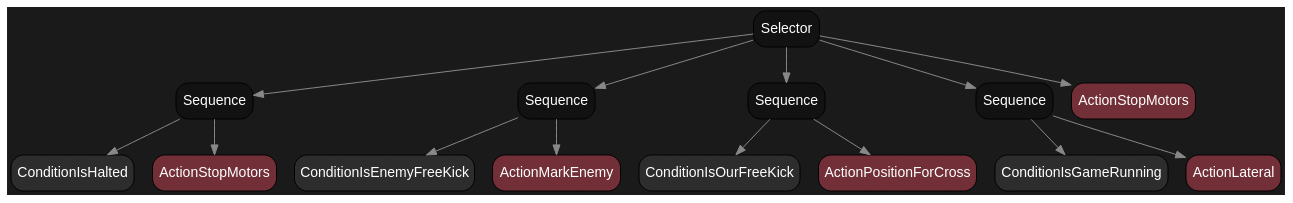
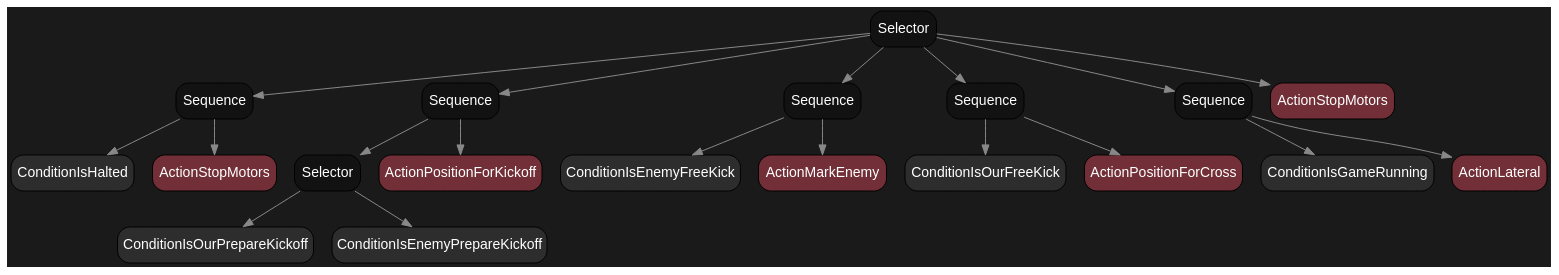
One commit to Danielgmichels/labind-ssl-ai changed the diagram in diagramas/mapa_arvore_lateral_esquerda.dot. Above: the diagram before and after it, drawn with Graphviz. The commit also changed 13 other files, not shown here.

```diff
--- a/diagramas/mapa_arvore_lateral_esquerda.dot
+++ b/diagramas/mapa_arvore_lateral_esquerda.dot
@@ -1,31 +1,41 @@
 digraph BehaviorTree {
     bgcolor="#1a1a1a";
     node [shape=box, style="filled,rounded", fontname="Arial", color="#000000", penwidth=1];
-    "140264501902688" [label="Selector", fillcolor="#121212", fontcolor="white"];
-    "140264501902688" -> "140264501901776" [color="#888888"];
-    "140264501901776" [label="Sequence", fillcolor="#121212", fontcolor="white"];
-    "140264501901776" -> "140264501901680" [color="#888888"];
-    "140264501901680" [label="ConditionIsHalted", fillcolor="#2d2d2d", fontcolor="white"];
-    "140264501901776" -> "140264501901728" [color="#888888"];
-    "140264501901728" [label="ActionStopMotors", fillcolor="#722F37", fontcolor="white"];
-    "140264501902688" -> "140264501902016" [color="#888888"];
-    "140264501902016" [label="Sequence", fillcolor="#121212", fontcolor="white"];
-    "140264501902016" -> "140264501901872" [color="#888888"];
-    "140264501901872" [label="ConditionIsEnemyFreeKick", fillcolor="#2d2d2d", fontcolor="white"];
-    "140264501902016" -> "140264501901920" [color="#888888"];
-    "140264501901920" [label="ActionMarkEnemy", fillcolor="#722F37", fontcolor="white"];
-    "140264501902688" -> "140264501902256" [color="#888888"];
-    "140264501902256" [label="Sequence", fillcolor="#121212", fontcolor="white"];
-    "140264501902256" -> "140264501902112" [color="#888888"];
-    "140264501902112" [label="ConditionIsOurFreeKick", fillcolor="#2d2d2d", fontcolor="white"];
-    "140264501902256" -> "140264501902160" [color="#888888"];
-    "140264501902160" [label="ActionPositionForCross", fillcolor="#722F37", fontcolor="white"];
-    "140264501902688" -> "140264501902496" [color="#888888"];
-    "140264501902496" [label="Sequence", fillcolor="#121212", fontcolor="white"];
-    "140264501902496" -> "140264501902352" [color="#888888"];
-    "140264501902352" [label="ConditionIsGameRunning", fillcolor="#2d2d2d", fontcolor="white"];
-    "140264501902496" -> "140264501902400" [color="#888888"];
-    "140264501902400" [label="ActionLateral", fillcolor="#722F37", fontcolor="white"];
-    "140264501902688" -> "140264501902592" [color="#888888"];
-    "140264501902592" [label="ActionStopMotors", fillcolor="#722F37", fontcolor="white"];
+    "140711293951264" [label="Selector", fillcolor="#121212", fontcolor="white"];
+    "140711293951264" -> "140711293950160" [color="#888888"];
+    "140711293950160" [label="Sequence", fillcolor="#121212", fontcolor="white"];
+    "140711293950160" -> "140711293950064" [color="#888888"];
+    "140711293950064" [label="ConditionIsHalted", fillcolor="#2d2d2d", fontcolor="white"];
+    "140711293950160" -> "140711293950112" [color="#888888"];
+    "140711293950112" [label="ActionStopMotors", fillcolor="#722F37", fontcolor="white"];
+    "140711293951264" -> "140711293950352" [color="#888888"];
+    "140711293950352" [label="Sequence", fillcolor="#121212", fontcolor="white"];
+    "140711293950352" -> "140711303991776" [color="#888888"];
+    "140711303991776" [label="Selector", fillcolor="#121212", fontcolor="white"];
+    "140711303991776" -> "140711303991824" [color="#888888"];
+    "140711303991824" [label="ConditionIsOurPrepareKickoff", fillcolor="#2d2d2d", fontcolor="white"];
+    "140711303991776" -> "140711303991872" [color="#888888"];
+    "140711303991872" [label="ConditionIsEnemyPrepareKickoff", fillcolor="#2d2d2d", fontcolor="white"];
+    "140711293950352" -> "140711293950256" [color="#888888"];
+    "140711293950256" [label="ActionPositionForKickoff", fillcolor="#722F37", fontcolor="white"];
+    "140711293951264" -> "140711293950592" [color="#888888"];
+    "140711293950592" [label="Sequence", fillcolor="#121212", fontcolor="white"];
+    "140711293950592" -> "140711293950448" [color="#888888"];
+    "140711293950448" [label="ConditionIsEnemyFreeKick", fillcolor="#2d2d2d", fontcolor="white"];
+    "140711293950592" -> "140711293950496" [color="#888888"];
+    "140711293950496" [label="ActionMarkEnemy", fillcolor="#722F37", fontcolor="white"];
+    "140711293951264" -> "140711293950832" [color="#888888"];
+    "140711293950832" [label="Sequence", fillcolor="#121212", fontcolor="white"];
+    "140711293950832" -> "140711293950688" [color="#888888"];
+    "140711293950688" [label="ConditionIsOurFreeKick", fillcolor="#2d2d2d", fontcolor="white"];
+    "140711293950832" -> "140711293950736" [color="#888888"];
+    "140711293950736" [label="ActionPositionForCross", fillcolor="#722F37", fontcolor="white"];
+    "140711293951264" -> "140711293951072" [color="#888888"];
+    "140711293951072" [label="Sequence", fillcolor="#121212", fontcolor="white"];
+    "140711293951072" -> "140711293950928" [color="#888888"];
+    "140711293950928" [label="ConditionIsGameRunning", fillcolor="#2d2d2d", fontcolor="white"];
+    "140711293951072" -> "140711293950976" [color="#888888"];
+    "140711293950976" [label="ActionLateral", fillcolor="#722F37", fontcolor="white"];
+    "140711293951264" -> "140711293951168" [color="#888888"];
+    "140711293951168" [label="ActionStopMotors", fillcolor="#722F37", fontcolor="white"];
 }
```
